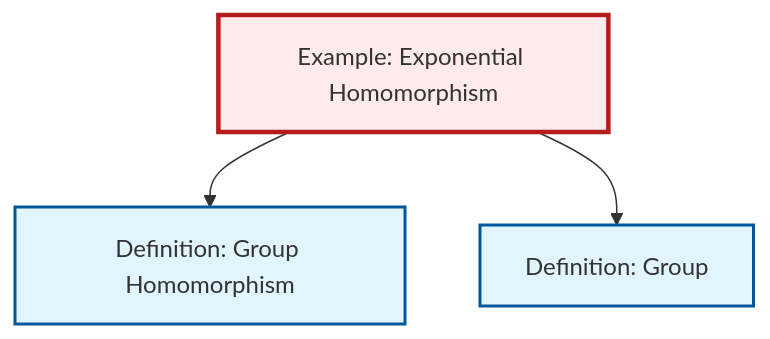
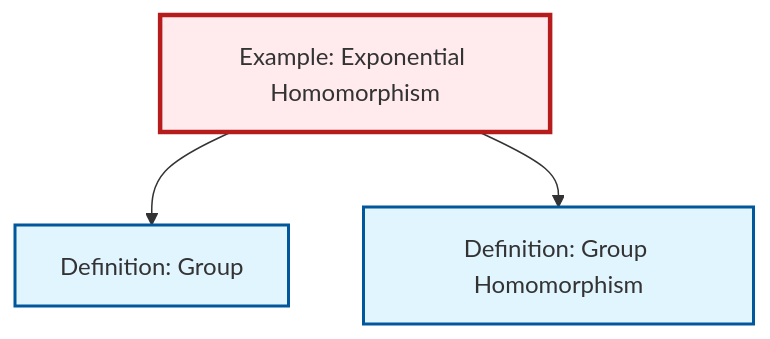
One commit to RK0429/ModernMath changed the diagram in content/ja/algebra/ex-exponential-homomorphism.qmd. Above: the diagram before and after it, drawn with Mermaid. The commit also changed other lines of this file and 417 other files, not shown here.

````diff
--- a/content/ja/algebra/ex-exponential-homomorphism.qmd
+++ b/content/ja/algebra/ex-exponential-homomorphism.qmd
@@ -45,17 +45,17 @@
 ```{mermaid}
 %%| fig-cap: "Local dependency graph"
 graph TD
     classDef definition fill:#e1f5fe,stroke:#01579b,stroke-width:2px
     classDef theorem fill:#f3e5f5,stroke:#4a148c,stroke-width:2px
     classDef axiom fill:#fff3e0,stroke:#e65100,stroke-width:2px
     classDef example fill:#e8f5e9,stroke:#1b5e20,stroke-width:2px
     classDef current fill:#ffebee,stroke:#b71c1c,stroke-width:3px
+    def-group["Definition: Group"]:::definition
     ex-exponential-homomorphism["Example: Exponential Homomorphism"]:::example
     def-homomorphism["Definition: Group Homomorphism"]:::definition
-    def-group["Definition: Group"]:::definition
+    ex-exponential-homomorphism --> def-group
     ex-exponential-homomorphism --> def-homomorphism
-    ex-exponential-homomorphism --> def-group
     class ex-exponential-homomorphism current
+    click def-group "def-group.html" "Definition: Groupへ"
     click def-homomorphism "def-homomorphism.html" "Definition: Group Homomorphismへ"
-    click def-group "def-group.html" "Definition: Groupへ"
 ```
````
